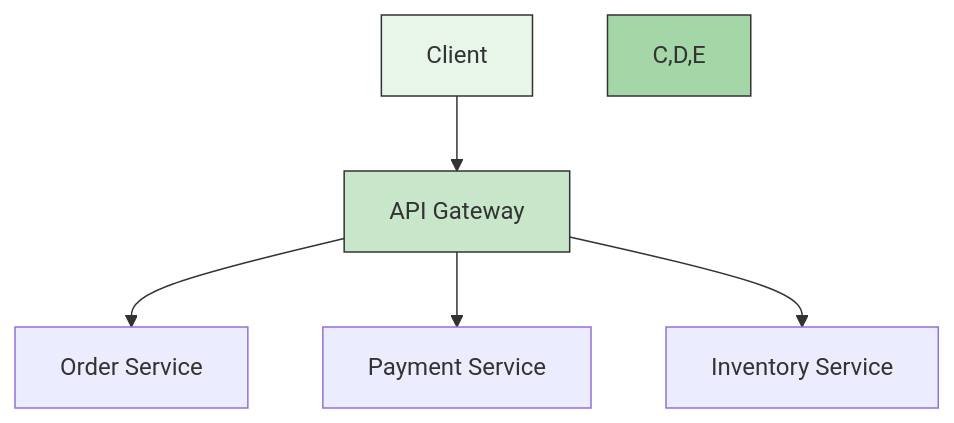
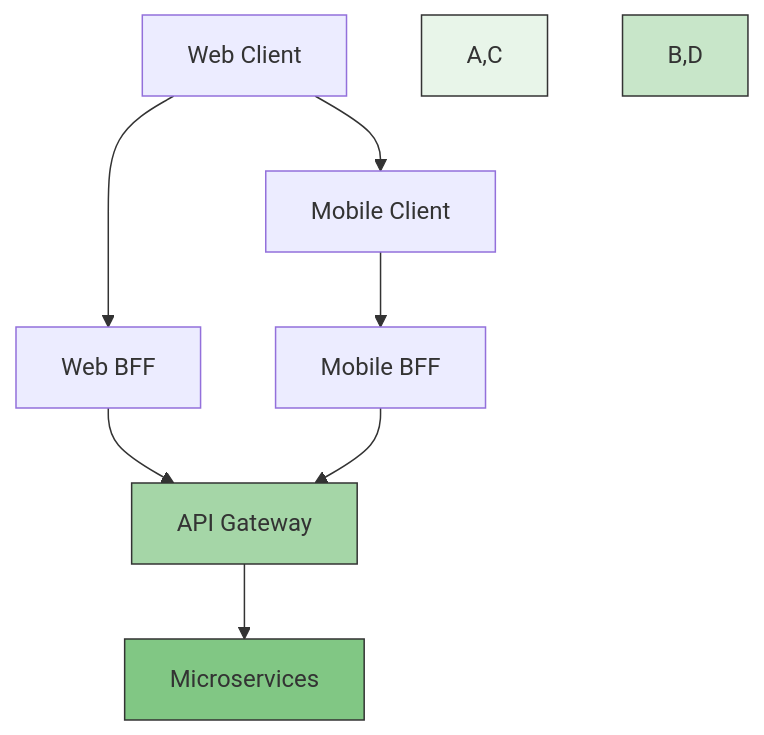
One commit to iKirtesh/microservices-learning-path changed the seventh of 10 diagrams in DECOMPOSITION.md. Above: the diagram before and after it, drawn with Mermaid. The commit also changed other lines of this file and 1 other file, not shown here.

Commit message:
docs: add comprehensive API Gateway documentation and update decomposition guide

````diff
--- a/DECOMPOSITION.md
+++ b/DECOMPOSITION.md
@@ -152,11 +198,13 @@
 ```mermaid
 graph TD
-    A[Client] --> B[API Gateway]
-    B --> C[Order Service]
-    B --> D[Payment Service]
-    B --> E[Inventory Service]
+    A[Web Client] --> B[Web BFF]
+    A --> C[Mobile Client]
+    C --> D[Mobile BFF]
+    B & D --> E[API Gateway]
+    E --> F[Microservices]
     
-    style A fill:#e8f5e9,stroke:#333
-    style B fill:#c8e6c9,stroke:#333
-    style C,D,E fill:#a5d6a7,stroke:#333
+    style A,C fill:#e8f5e9,stroke:#333
+    style B,D fill:#c8e6c9,stroke:#333
+    style E fill:#a5d6a7,stroke:#333
+    style F fill:#81c784,stroke:#333
 ```
````
